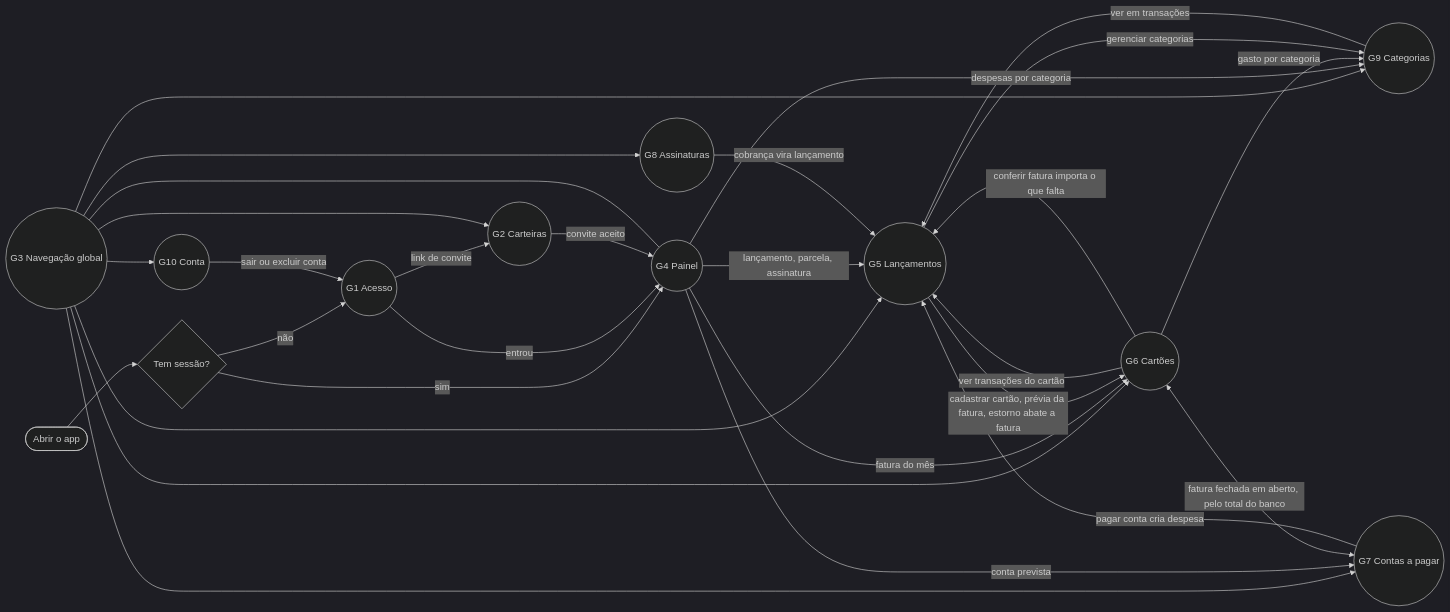
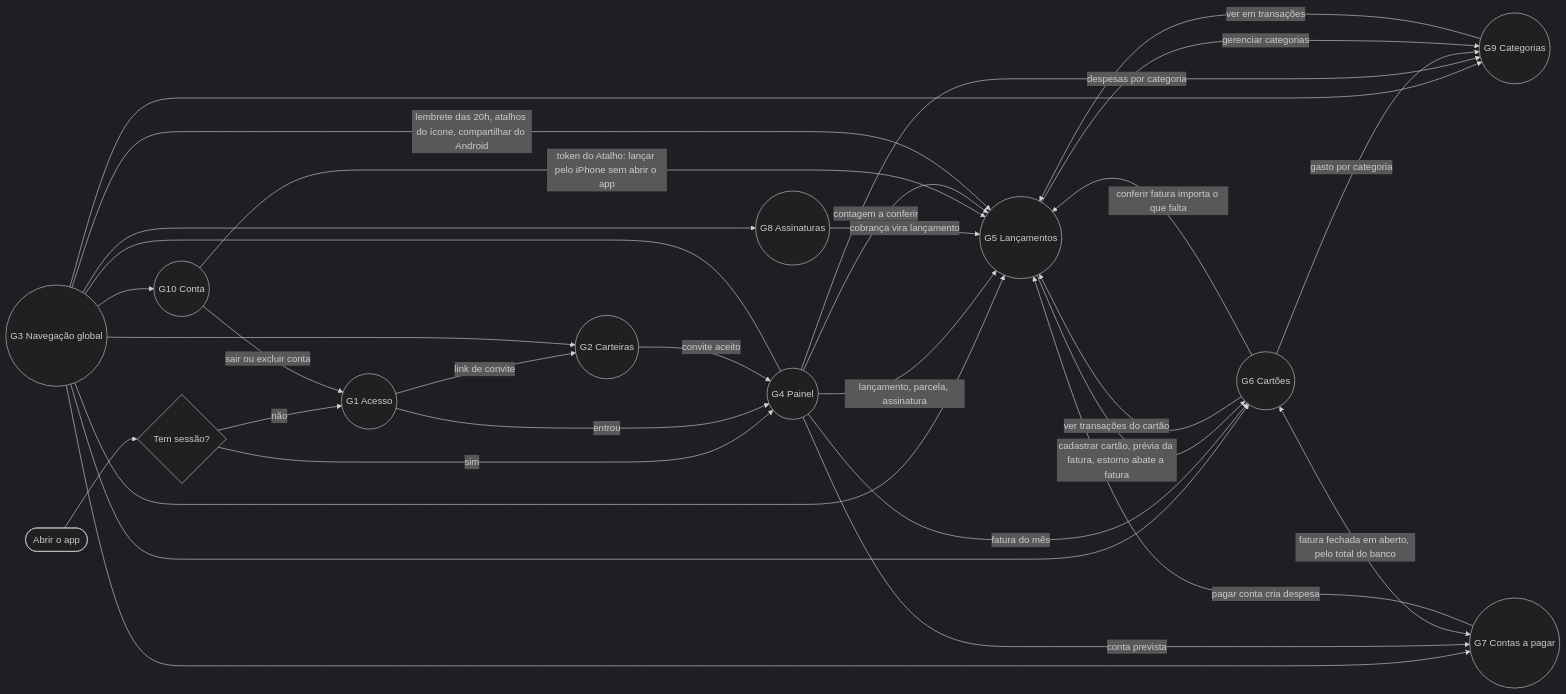
The first of 15 diagrams in docs/JORNADAS.md (kauax2000/finance_app), drawn with Mermaid before and after one commit. The commit also changed other lines of this file and 4 other files, not shown here.

````diff
--- a/docs/JORNADAS.md
+++ b/docs/JORNADAS.md
@@ -56,36 +56,39 @@
 ```mermaid
 %%{init: {"theme": "dark"}}%%
 flowchart LR
     start(["Abrir o app"]) --> boot{"Tem sessão?"}
     boot -->|"não"| G1(("G1 Acesso"))
     boot -->|"sim"| G4(("G4 Painel"))
     G1 -->|"entrou"| G4
     G1 -->|"link de convite"| G2(("G2 Carteiras"))
     G2 -->|"convite aceito"| G4
 
     G3(("G3 Navegação global")) --- G4
     G3 --> G5(("G5 Lançamentos"))
     G3 --> G6(("G6 Cartões"))
     G3 --> G7(("G7 Contas a pagar"))
     G3 --> G8(("G8 Assinaturas"))
     G3 --> G9(("G9 Categorias"))
     G3 --> G2
     G3 --> G10(("G10 Conta"))
 
     G4 -->|"lançamento, parcela, assinatura"| G5
     G4 -->|"fatura do mês"| G6
     G4 -->|"conta prevista"| G7
     G4 -->|"despesas por categoria"| G9
 
     G6 -->|"ver transações do cartão"| G5
     G6 -->|"conferir fatura importa o que falta"| G5
     G6 -->|"gasto por categoria"| G9
     G6 <-->|"fatura fechada em aberto, pelo total do banco"| G7
     G7 -->|"pagar conta cria despesa"| G5
     G8 -->|"cobrança vira lançamento"| G5
     G9 -->|"ver em transações"| G5
     G5 -->|"gerenciar categorias"| G9
     G5 -->|"cadastrar cartão, prévia da fatura, estorno abate a fatura"| G6
+    G10 -->|"token do Atalho: lançar pelo iPhone sem abrir o app"| G5
+    G4 -->|"contagem a conferir"| G5
+    G3 -->|"lembrete das 20h, atalhos do ícone, compartilhar do Android"| G5
 
     G10 -->|"sair ou excluir conta"| G1
 ```
````
